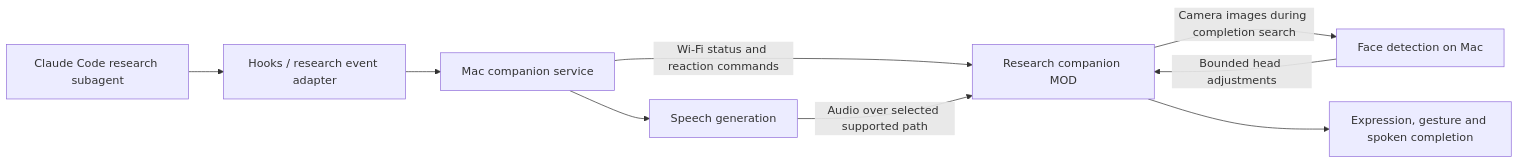
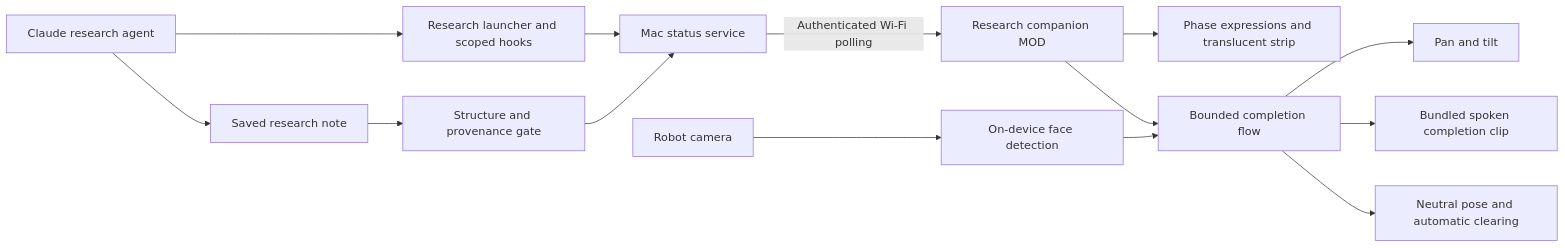
The diagram in knowledge_base/architecture.md (yeejingye/jyos-stackchan), drawn with Mermaid before and after one commit. The commit also changed other lines of this file and 27 other files, not shown here.

````diff
--- a/knowledge_base/architecture.md
+++ b/knowledge_base/architecture.md
@@ -23,11 +7,16 @@
 ```mermaid
 flowchart LR
-  Claude[Claude Code research subagent] --> Events[Hooks / research event adapter]
-  Events --> Mac[Mac companion service]
-  Mac -->|Wi-Fi status and reaction commands| Robot[Research companion MOD]
-  Mac --> Speech[Speech generation]
-  Speech -->|Audio over selected supported path| Robot
-  Robot -->|Camera images during completion search| Vision[Face detection on Mac]
-  Vision -->|Bounded head adjustments| Robot
-  Robot --> User[Expression, gesture and spoken completion]
+  Claude[Claude research agent] --> Adapter[Research launcher and scoped hooks]
+  Adapter --> Mac[Mac status service]
+  Claude --> Note[Saved research note]
+  Note --> Gate[Structure and provenance gate]
+  Gate --> Mac
+  Mac -->|Authenticated Wi-Fi polling| Robot[Research companion MOD]
+  Robot --> UI[Phase expressions and translucent strip]
+  Robot --> Completion[Bounded completion flow]
+  Camera[Robot camera] --> Detector[On-device face detection]
+  Detector --> Completion
+  Completion --> Motion[Pan and tilt]
+  Completion --> Audio[Bundled spoken completion clip]
+  Completion --> Cleanup[Neutral pose and automatic clearing]
 ```
````
